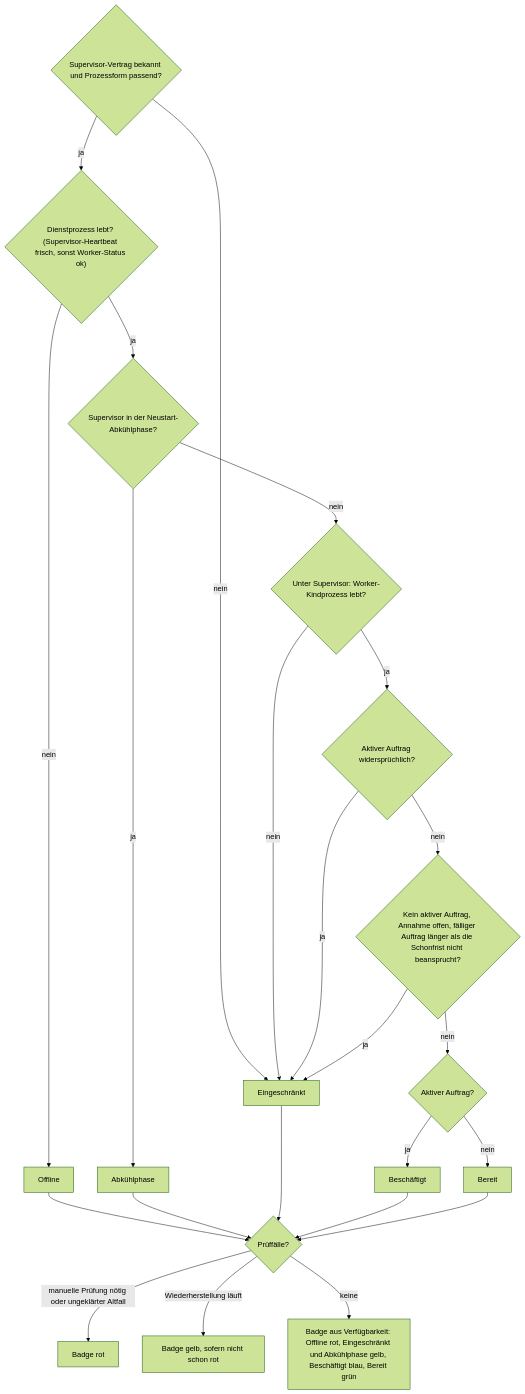
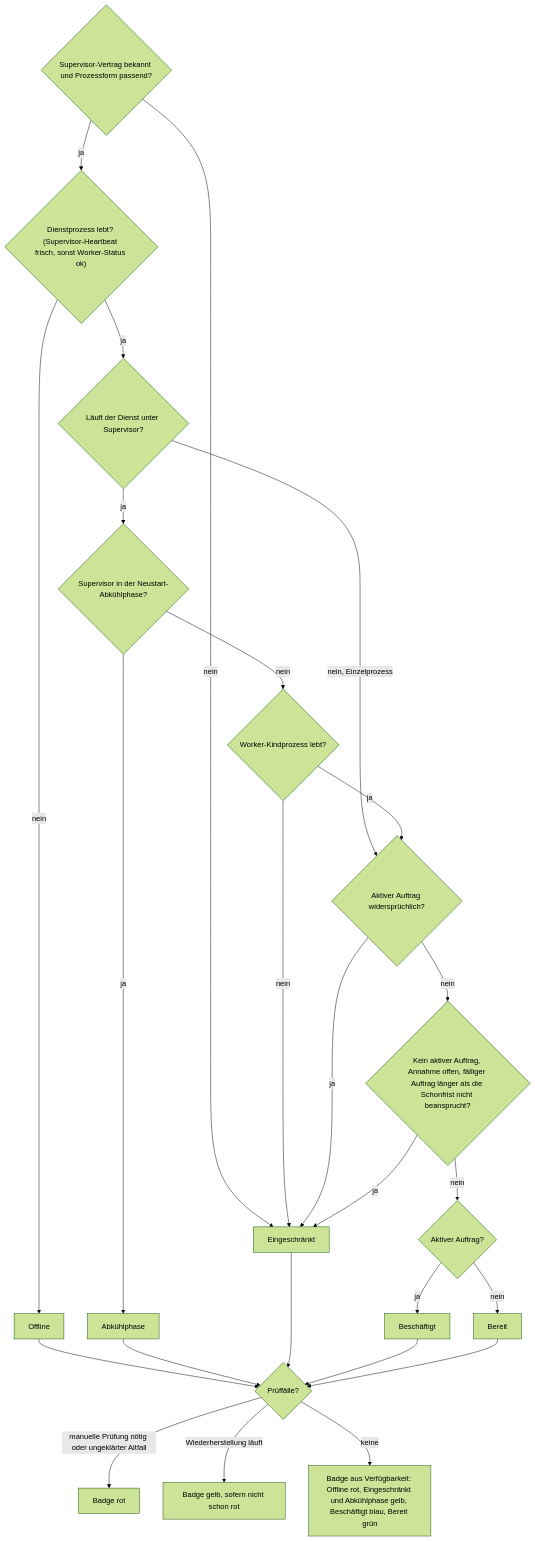
One commit to Samy94M/VirtuSphere-v2-WebApp changed the first of 8 diagrams in docs/operations/system-status-checks.md. Above: the diagram before and after it, drawn with Mermaid (forest theme). The commit also changed other lines of this file and 7 other files, not shown here.

First line of the commit message:
Guard the flow documents against the code and recheck every diagram

````diff
--- a/docs/operations/system-status-checks.md
+++ b/docs/operations/system-status-checks.md
@@ -21,25 +23,27 @@
 ```mermaid
 flowchart TD
   A{"Supervisor-Vertrag bekannt und Prozessform passend?"} -->|nein| DG["Eingeschränkt"]
   A -->|ja| B{"Dienstprozess lebt? (Supervisor-Heartbeat frisch, sonst Worker-Status ok)"}
   B -->|nein| OF["Offline"]
-  B -->|ja| C{"Supervisor in der Neustart-Abkühlphase?"}
+  B -->|ja| SV{"Läuft der Dienst unter Supervisor?"}
+  SV -->|nein, Einzelprozess| E
+  SV -->|ja| C{"Supervisor in der Neustart-Abkühlphase?"}
   C -->|ja| CO["Abkühlphase"]
-  C -->|nein| D{"Unter Supervisor: Worker-Kindprozess lebt?"}
+  C -->|nein| D{"Worker-Kindprozess lebt?"}
   D -->|nein| DG
   D -->|ja| E{"Aktiver Auftrag widersprüchlich?"}
   E -->|ja| DG
   E -->|nein| F{"Kein aktiver Auftrag, Annahme offen, fälliger Auftrag länger als die Schonfrist nicht beansprucht?"}
   F -->|ja| DG
   F -->|nein| G{"Aktiver Auftrag?"}
   G -->|ja| BU["Beschäftigt"]
   G -->|nein| RE["Bereit"]
   OF --> X
   CO --> X
   DG --> X
   BU --> X
   RE --> X
   X{"Prüffälle?"} -->|manuelle Prüfung nötig oder ungeklärter Altfall| XR["Badge rot"]
   X -->|Wiederherstellung läuft| XY["Badge gelb, sofern nicht schon rot"]
   X -->|keine| XN["Badge aus Verfügbarkeit: Offline rot, Eingeschränkt und Abkühlphase gelb, Beschäftigt blau, Bereit grün"]
 ```
````
